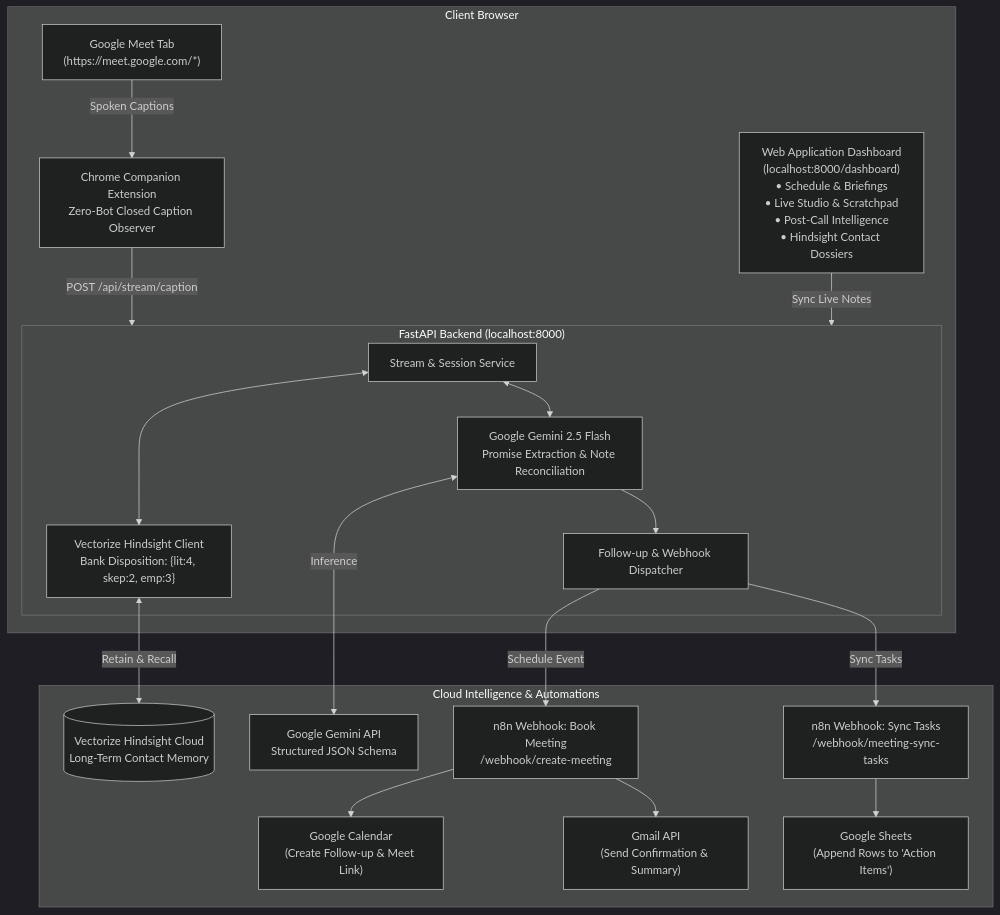
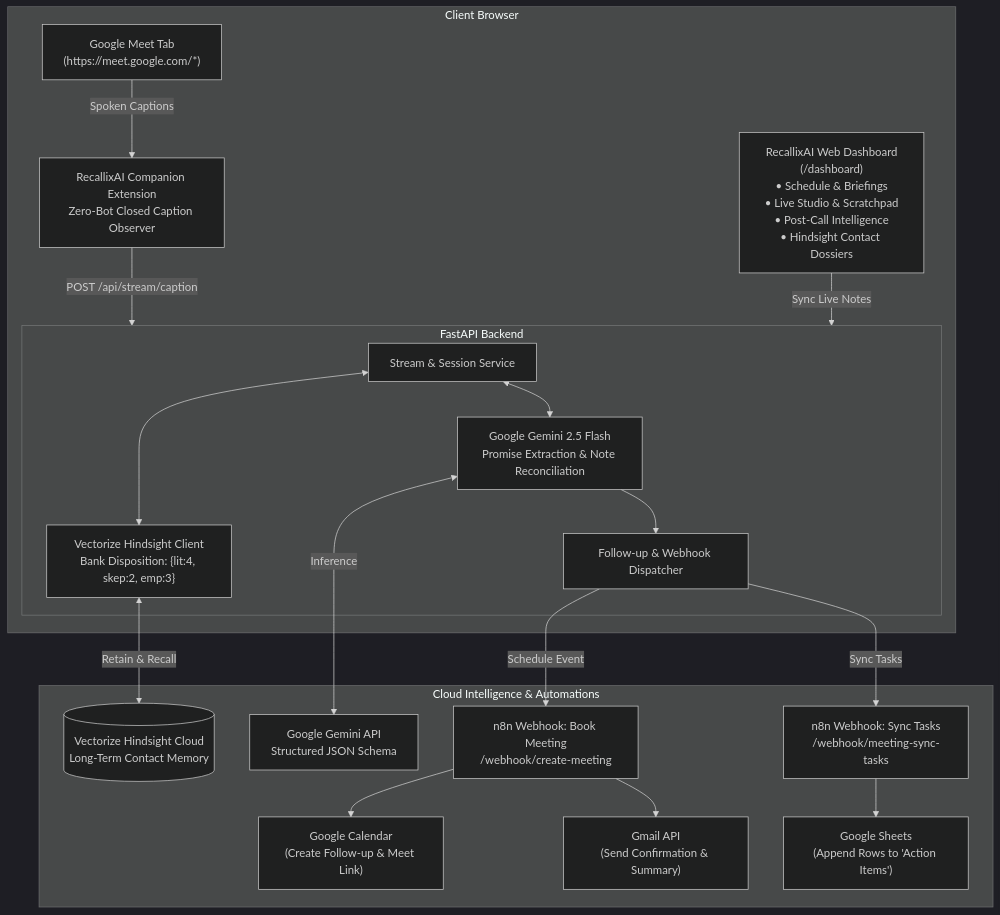
One commit to TanishqSiva/RecallixAI changed the diagram in meeting-intelligence-agent/README.md. Above: the diagram before and after it, drawn with Mermaid (dark theme). The commit also changed other lines of this file and 6 other files, not shown here.

````diff
--- a/meeting-intelligence-agent/README.md
+++ b/meeting-intelligence-agent/README.md
@@ -22,41 +28,41 @@
 ```mermaid
 flowchart TD
     subgraph Browser ["Client Browser"]
         Meet["Google Meet Tab\n(https://meet.google.com/*)"]
-        Extension["Chrome Companion Extension\nZero-Bot Closed Caption Observer"]
-        Dashboard["Web Application Dashboard\n(localhost:8000/dashboard)\n• Schedule & Briefings\n• Live Studio & Scratchpad\n• Post-Call Intelligence\n• Hindsight Contact Dossiers"]
+        Extension["RecallixAI Companion Extension\nZero-Bot Closed Caption Observer"]
+        Dashboard["RecallixAI Web Dashboard\n(/dashboard)\n• Schedule & Briefings\n• Live Studio & Scratchpad\n• Post-Call Intelligence\n• Hindsight Contact Dossiers"]
         
         Meet -->|Spoken Captions| Extension
         Extension -->|POST /api/stream/caption| Backend
         Dashboard -->|Sync Live Notes| Backend
     end
 
-    subgraph Backend ["FastAPI Backend (localhost:8000)"]
+    subgraph Backend ["FastAPI Backend"]
         StreamAPI["Stream & Session Service"]
         GeminiEngine["Google Gemini 2.5 Flash\nPromise Extraction & Note Reconciliation"]
         HindsightEngine["Vectorize Hindsight Client\nBank Disposition: {lit:4, skep:2, emp:3}"]
         ActionRouter["Follow-up & Webhook Dispatcher"]
         
         StreamAPI <--> GeminiEngine
         StreamAPI <--> HindsightEngine
         GeminiEngine --> ActionRouter
     end
 
     subgraph External ["Cloud Intelligence & Automations"]
         HindsightCloud[("Vectorize Hindsight Cloud\nLong-Term Contact Memory")]
         GeminiAPI["Google Gemini API\nStructured JSON Schema"]
         n8nMeeting["n8n Webhook: Book Meeting\n/webhook/create-meeting"]
         n8nTasks["n8n Webhook: Sync Tasks\n/webhook/meeting-sync-tasks"]
         GCal["Google Calendar\n(Create Follow-up & Meet Link)"]
         Gmail["Gmail API\n(Send Confirmation & Summary)"]
         GSheet["Google Sheets\n(Append Rows to 'Action Items')"]
 
         HindsightEngine <-->|Retain & Recall| HindsightCloud
         GeminiEngine <-->|Inference| GeminiAPI
         ActionRouter -->|Schedule Event| n8nMeeting
         ActionRouter -->|Sync Tasks| n8nTasks
         n8nMeeting --> GCal
         n8nMeeting --> Gmail
         n8nTasks --> GSheet
     end
 ```
````
